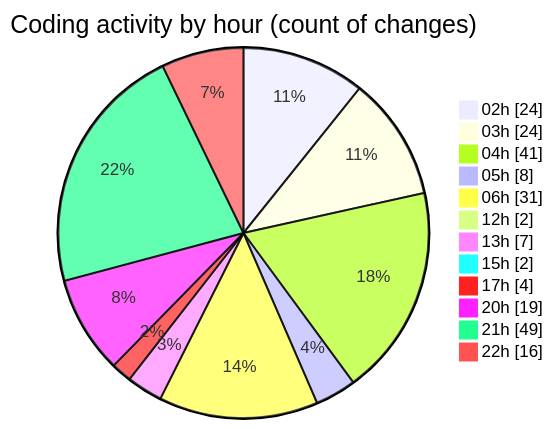
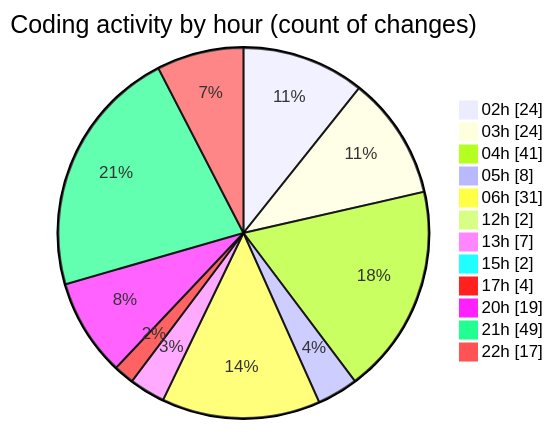
The second of 2 diagrams in 2025-07-23/quanlyrapchieuphim/README.md (lephambinh05/code-tracking), drawn with Mermaid before and after one commit. The commit also changed other lines of this file and 1 other file, not shown here.

````diff
--- a/2025-07-23/quanlyrapchieuphim/README.md
+++ b/2025-07-23/quanlyrapchieuphim/README.md
@@ -46,16 +46,16 @@
 ```mermaid
 pie showData
 title Coding activity by hour (count of changes)
 "02h" : 24
 "03h" : 24
 "04h" : 41
 "05h" : 8
 "06h" : 31
 "12h" : 2
 "13h" : 7
 "15h" : 2
 "17h" : 4
 "20h" : 19
 "21h" : 49
-"22h" : 16
+"22h" : 17
 ```
````
